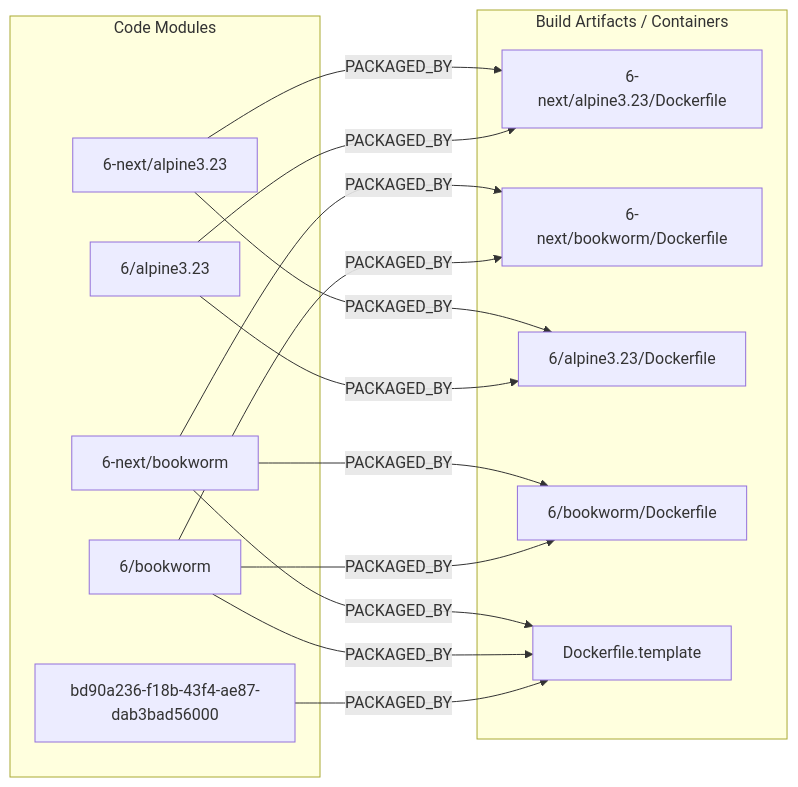
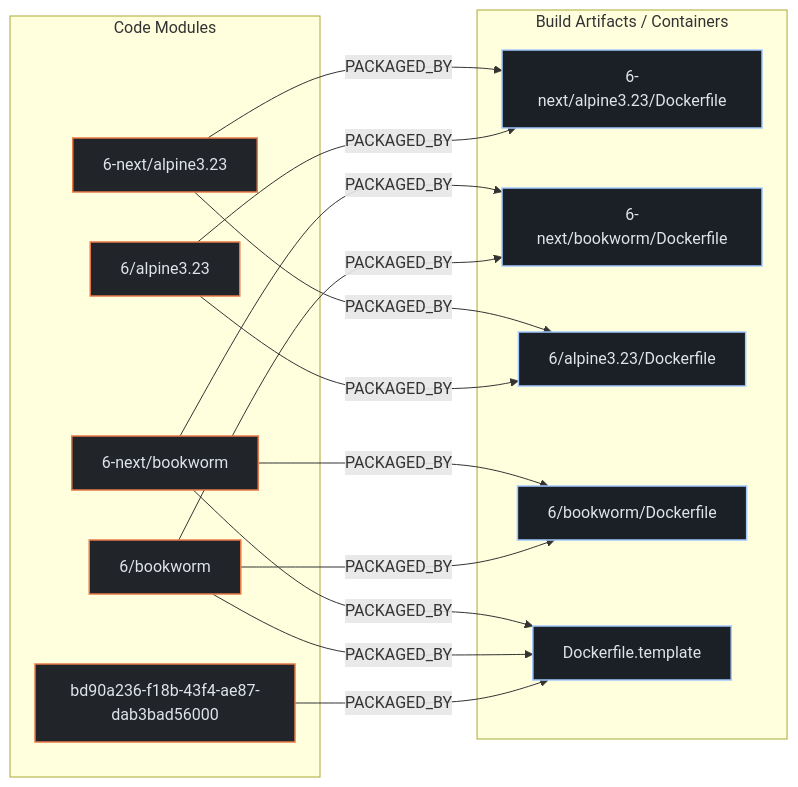
The second of 3 diagrams in exports/latest/reports/TryGhost-docker-library-ghost-report.md (kumarshaz/atruss-code-atlas), drawn with Mermaid before and after one commit. The commit also changed other lines of this file and 331 other files, not shown here.

Commit message:
docs,ui,fix: update SDLC docs, reorder CI/CD DAG first, stylize Mermaid, and fix Arc42 pipeline topology

````diff
--- a/exports/latest/reports/TryGhost-docker-library-ghost-report.md
+++ b/exports/latest/reports/TryGhost-docker-library-ghost-report.md
@@ -72,28 +79,32 @@
 ```mermaid
 flowchart LR
+    classDef atlasCategory fill:#212428,stroke:#E87A48,stroke-width:1.5px,color:#dfe3eb
+    classDef atlasWorkflow fill:#1b2026,stroke:#a3c9ff,stroke-width:1.5px,color:#dfe3eb
+    classDef atlasJob fill:#171c22,stroke:#8d9199,stroke-width:1px,color:#dfe3eb
+    classDef atlasTarget fill:#005227,stroke:#8bd99b,stroke-width:1.5px,color:#a7f6b6
     subgraph code_modules["Code Modules"]
-        mod_6_next_alpine3_23["6-next/alpine3.23"]
-        mod_6_next_bookworm["6-next/bookworm"]
-        mod_6_alpine3_23["6/alpine3.23"]
-        mod_6_bookworm["6/bookworm"]
-        mod_bd90a236_f18b_43f4_ae87_dab3bad56000["bd90a236-f18b-43f4-ae87-dab3bad56000"]
+        mod_6_next_alpine3_23["6-next/alpine3.23"]:::atlasCategory
+        mod_6_next_bookworm["6-next/bookworm"]:::atlasCategory
+        mod_6_alpine3_23["6/alpine3.23"]:::atlasCategory
+        mod_6_bookworm["6/bookworm"]:::atlasCategory
+        mod_bd90a236_f18b_43f4_ae87_dab3bad56000["bd90a236-f18b-43f4-ae87-dab3bad56000"]:::atlasCategory
     end
     subgraph build_artifacts["Build Artifacts / Containers"]
-        art_6_next_alpine3_23_Dockerfile["6-next/alpine3.23/Dockerfile"]
-        art_6_next_bookworm_Dockerfile["6-next/bookworm/Dockerfile"]
-        art_6_alpine3_23_Dockerfile["6/alpine3.23/Dockerfile"]
-        art_6_bookworm_Dockerfile["6/bookworm/Dockerfile"]
-        art_Dockerfile_template["Dockerfile.template"]
+        art_6_next_alpine3_23_Dockerfile["6-next/alpine3.23/Dockerfile"]:::atlasWorkflow
+        art_6_next_bookworm_Dockerfile["6-next/bookworm/Dockerfile"]:::atlasWorkflow
+        art_6_alpine3_23_Dockerfile["6/alpine3.23/Dockerfile"]:::atlasWorkflow
+        art_6_bookworm_Dockerfile["6/bookworm/Dockerfile"]:::atlasWorkflow
+        art_Dockerfile_template["Dockerfile.template"]:::atlasWorkflow
     end
     mod_6_next_alpine3_23 -->|PACKAGED_BY| art_6_next_alpine3_23_Dockerfile
     mod_6_next_alpine3_23 -->|PACKAGED_BY| art_6_alpine3_23_Dockerfile
     mod_6_next_bookworm -->|PACKAGED_BY| art_6_next_bookworm_Dockerfile
     mod_6_next_bookworm -->|PACKAGED_BY| art_6_bookworm_Dockerfile
     mod_6_next_bookworm -->|PACKAGED_BY| art_Dockerfile_template
     mod_6_alpine3_23 -->|PACKAGED_BY| art_6_next_alpine3_23_Dockerfile
     mod_6_alpine3_23 -->|PACKAGED_BY| art_6_alpine3_23_Dockerfile
     mod_6_bookworm -->|PACKAGED_BY| art_6_next_bookworm_Dockerfile
     mod_6_bookworm -->|PACKAGED_BY| art_6_bookworm_Dockerfile
     mod_6_bookworm -->|PACKAGED_BY| art_Dockerfile_template
     mod_bd90a236_f18b_43f4_ae87_dab3bad56000 -->|PACKAGED_BY| art_Dockerfile_template
 ```
````
